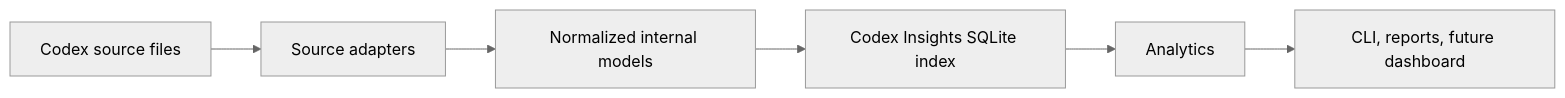
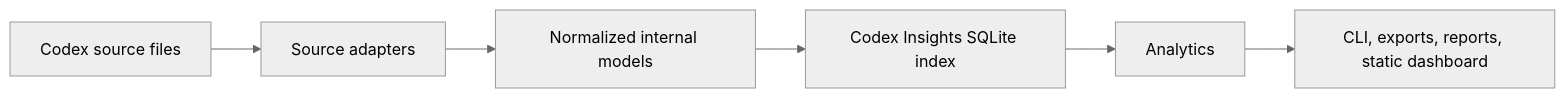
Before and after one commit to angzeli/codex-insights: the diagram in docs/architecture.md, drawn with Mermaid (neutral theme). The commit also changed other lines of this file and 7 other files, not shown here.

````diff
--- a/docs/architecture.md
+++ b/docs/architecture.md
@@ -11,8 +11,8 @@
 ```mermaid
 flowchart LR
     A["Codex source files"] --> B["Source adapters"]
     B --> C["Normalized internal models"]
     C --> D["Codex Insights SQLite index"]
     D --> E["Analytics"]
-    E --> F["CLI, reports, future dashboard"]
+    E --> F["CLI, exports, reports, static dashboard"]
 ```
````
